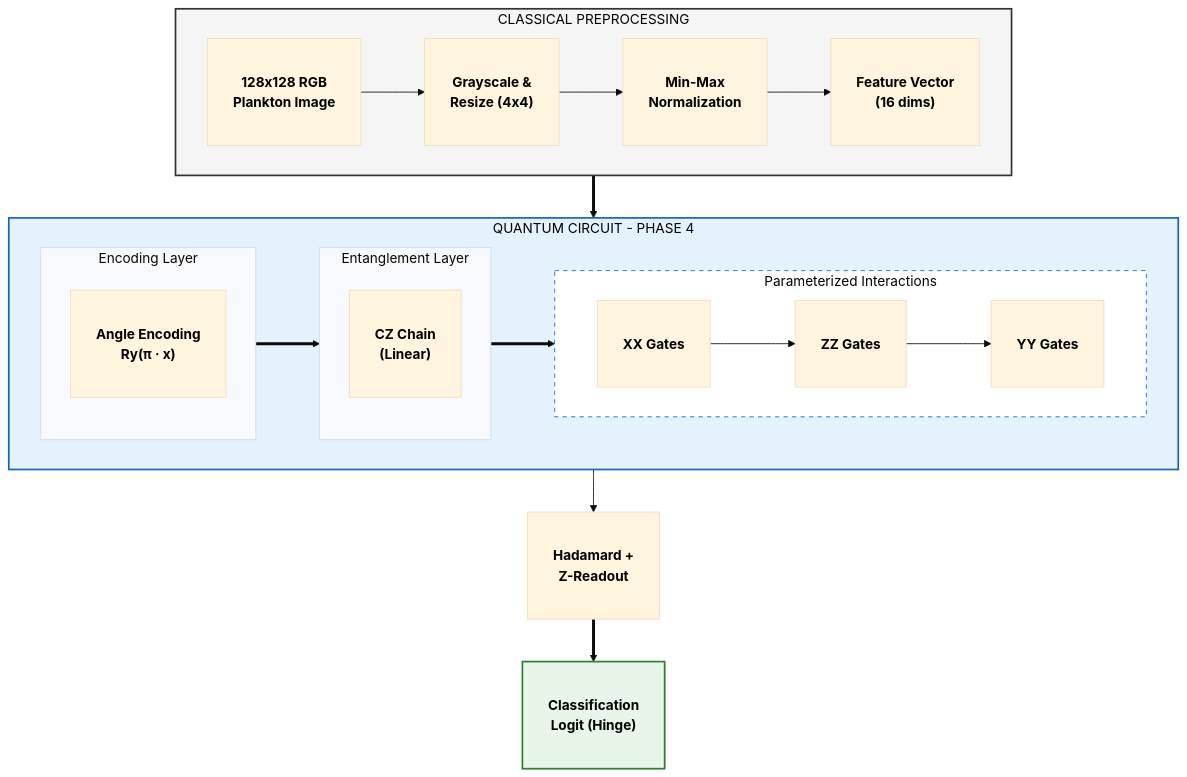
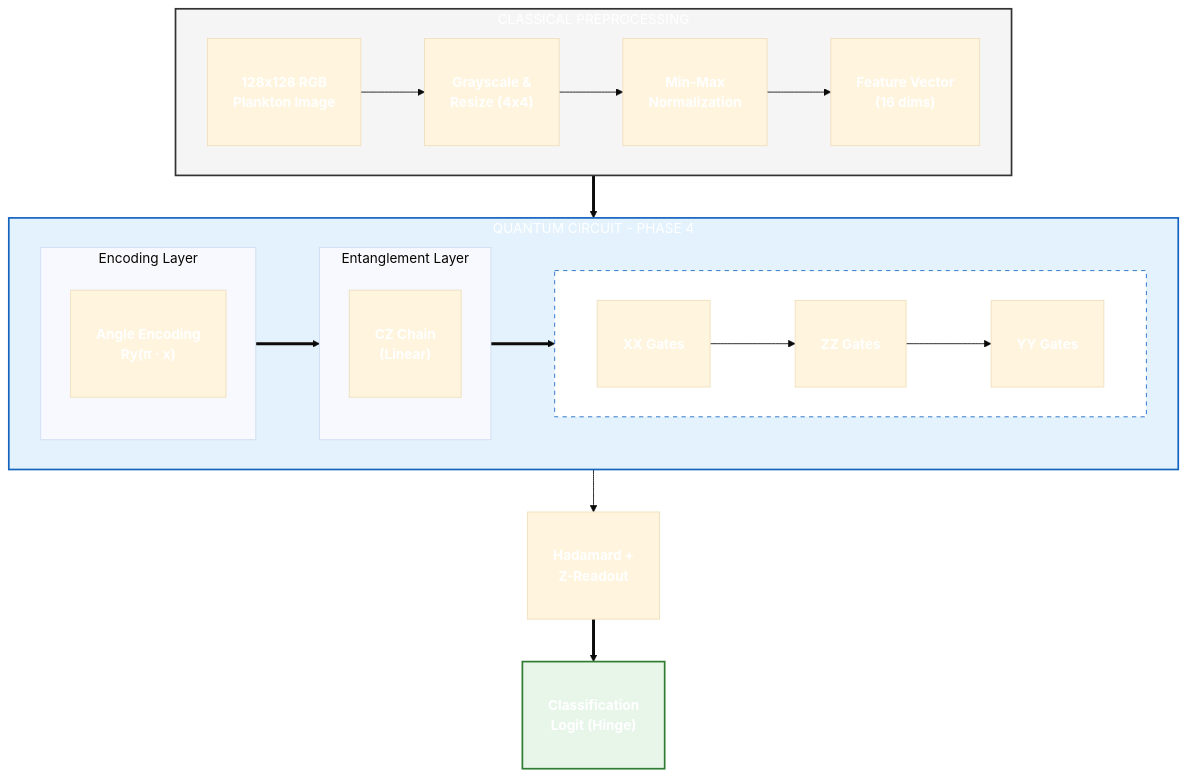
Before and after one commit to juleshenry/quantum-mnist: the diagram in phasefour/README.md, drawn with Mermaid (base theme). The commit also changed 1 other file, not shown here.

````diff
--- a/phasefour/README.md
+++ b/phasefour/README.md
@@ -36,55 +36,55 @@
 ```mermaid
 graph TD
     %% Classical Data Prep
     subgraph Classical_Prep [CLASSICAL PREPROCESSING]
         direction LR
         I["<br/><b>128x128 RGB</b><br/><b>Plankton Image</b><br/><br/>"] --> J["<br/><b>Grayscale &</b><br/><b>Resize (4x4)</b><br/><br/>"]
         J --> K["<br/><b>Min-Max</b><br/><b>Normalization</b><br/><br/>"]
         K --> L["<br/><b>Feature Vector</b><br/><b>(16 dims)</b><br/><br/>"]
     end
 
     %% Quantum Circuit
     subgraph Quantum_Circuit [QUANTUM CIRCUIT - PHASE 4]
         direction LR
         
         subgraph Encoding [Encoding Layer]
             direction TB
             E1["<br/><b>Angle Encoding</b><br/><b>Ry(π · x)</b><br/><br/>"]
         end
 
         subgraph Entanglement [Entanglement Layer]
             direction TB
             F1["<br/><b>CZ Chain</b><br/><b>(Linear)</b><br/><br/>"]
         end
 
         subgraph PQC_Interactions [Parameterized Interactions]
             direction LR
             G1["<br/><b>XX Gates</b><br/><br/>"] --> G2["<br/><b>ZZ Gates</b><br/><br/>"]
             G2 --> G3["<br/><b>YY Gates</b><br/><br/>"]
         end
     end
 
     %% Output
     L ==> Encoding
     Encoding ==> Entanglement
     Entanglement ==> PQC_Interactions
     PQC_Interactions --> M["<br/><b>Hadamard +</b><br/><b>Z-Readout</b><br/><br/>"]
     M ==> N["<br/><b>Classification</b><br/><b>Logit (Hinge)</b><br/><br/>"]
 
     %% Styling
-    style Classical_Prep fill:#f5f5f5,stroke:#333,stroke-width:2px,color:#000
-    style Quantum_Circuit fill:#e3f2fd,stroke:#1565c0,stroke-width:2px,color:#000
-    style PQC_Interactions fill:#fff,stroke:#1565c0,stroke-dasharray: 5 5,color:#000
-    style N fill:#e8f5e9,stroke:#2e7d32,stroke-width:2px,color:#000
+    style Classical_Prep fill:#f5f5f5,stroke:#333,stroke-width:2px,color:#fff
+    style Quantum_Circuit fill:#e3f2fd,stroke:#1565c0,stroke-width:2px,color:#fff
+    style PQC_Interactions fill:#fff,stroke:#1565c0,stroke-dasharray: 5 5,color:#fff
+    style N fill:#e8f5e9,stroke:#2e7d32,stroke-width:2px,color:#fff
     
-    style I color:#000
-    style J color:#000
-    style K color:#000
-    style L color:#000
-    style E1 color:#000
-    style F1 color:#000
-    style G1 color:#000
-    style G2 color:#000
-    style G3 color:#000
-    style M color:#000
+    style I color:#fff
+    style J color:#fff
+    style K color:#fff
+    style L color:#fff
+    style E1 color:#fff
+    style F1 color:#fff
+    style G1 color:#fff
+    style G2 color:#fff
+    style G3 color:#fff
+    style M color:#fff
 ```
````
